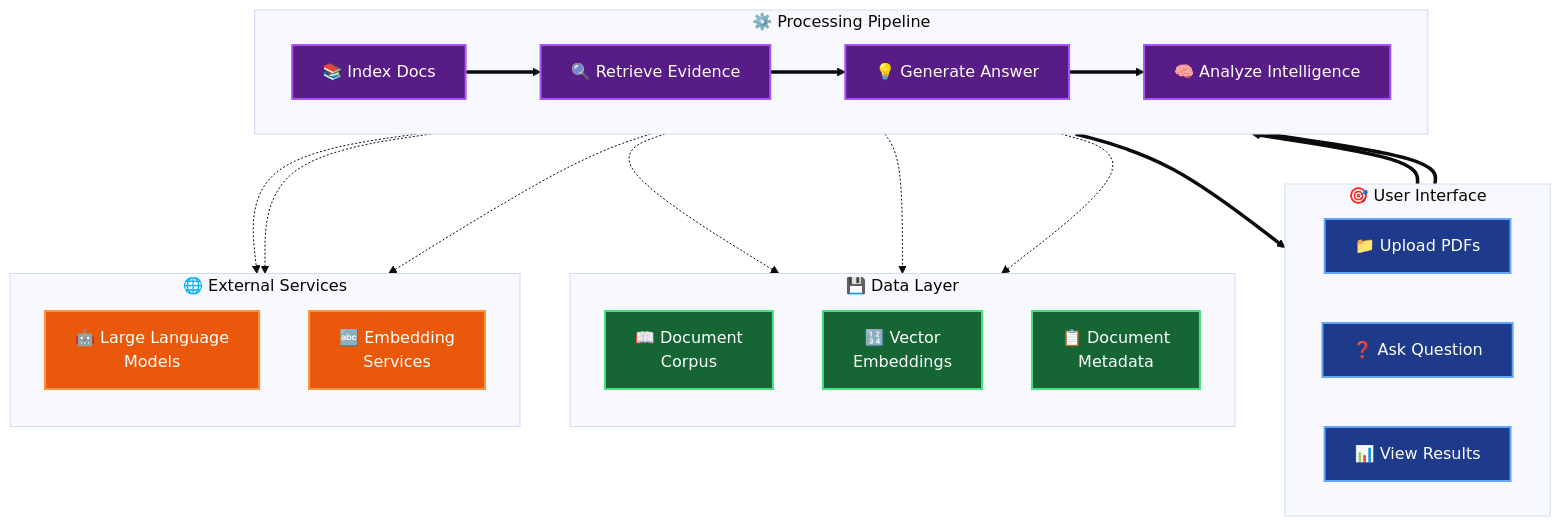
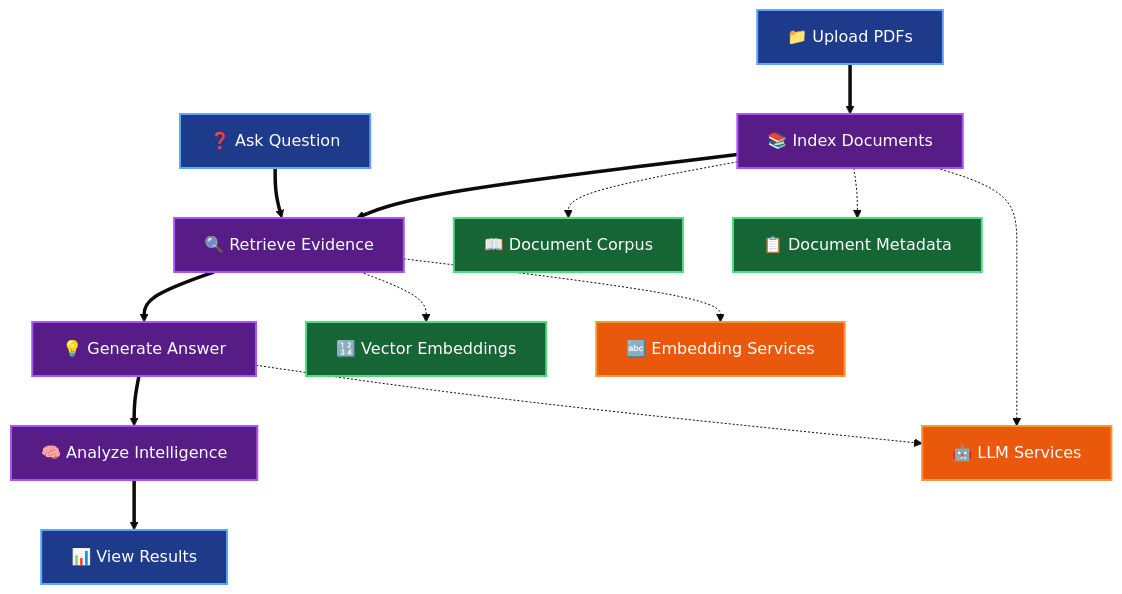
Before and after one commit to usathyan/paper-qa-ui: the first of 18 diagrams in docs/DEVELOPER.md, drawn with Mermaid (base theme).

Commit message:
Reorganize architecture diagram with vertical stack layout
- Removed subgraph containers for cleaner appearance
- Arranged components in a clear vertical stack from top to bottom
- Primary flow: Upload → Index → Search → Answer → Intelligence → Display
- Side components (data and services) connect with dotted arrows
- Cleaner visual hierarchy with linear processing flow
- Simplified layout that's easier to follow and understand
- Maintained color coding while improving readability
- Better mobile and narrow screen compatibility

````diff
--- a/docs/DEVELOPER.md
+++ b/docs/DEVELOPER.md
@@ -28,59 +28,53 @@
 ```mermaid
 flowchart TD
-    subgraph UI ["🎯 User Interface"]
-        direction LR
-        UPLOAD[📁 Upload PDFs]
-        QUERY[❓ Ask Question]
-        DISPLAY[📊 View Results]
-    end
+    %% User Interface Layer
+    UPLOAD[📁 Upload PDFs]
+    QUERY[❓ Ask Question]
     
-    subgraph PROC ["⚙️ Processing Pipeline"]
-        direction LR
-        INDEX[📚 Index Docs]
-        SEARCH[🔍 Retrieve Evidence]
-        ANSWER[💡 Generate Answer]
-        INTELL[🧠 Analyze Intelligence]
-    end
+    %% Processing Pipeline
+    INDEX[📚 Index Documents]
+    SEARCH[🔍 Retrieve Evidence]
+    ANSWER[💡 Generate Answer]
+    INTELL[🧠 Analyze Intelligence]
     
-    subgraph DATA ["💾 Data Layer"]
-        direction TB
-        CORPUS[📖 Document<br/>Corpus]
-        VECTORS[🔢 Vector<br/>Embeddings]
-        METADATA[📋 Document<br/>Metadata]
-    end
+    %% Results Display
+    DISPLAY[📊 View Results]
     
-    subgraph EXT ["🌐 External Services"]
-        direction TB
-        LLM[🤖 Large Language<br/>Models]
-        EMB[🔤 Embedding<br/>Services]
-    end
+    %% Data Storage (Side Components)
+    CORPUS[📖 Document Corpus]
+    VECTORS[🔢 Vector Embeddings]
+    METADATA[📋 Document Metadata]
     
-    %% Primary Flow
+    %% External Services (Side Components)
+    LLM[🤖 LLM Services]
+    EMB[🔤 Embedding Services]
+    
+    %% Primary Vertical Flow
     UPLOAD ==> INDEX
     QUERY ==> SEARCH
     INDEX ==> SEARCH
     SEARCH ==> ANSWER
     ANSWER ==> INTELL
     INTELL ==> DISPLAY
     
-    %% Data Connections
+    %% Data Connections (Side arrows)
     INDEX -.-> CORPUS
     INDEX -.-> METADATA
     SEARCH -.-> VECTORS
     
-    %% Service Connections
+    %% Service Connections (Side arrows)
     INDEX -.-> LLM
     SEARCH -.-> EMB
     ANSWER -.-> LLM
     
     %% Styling
     classDef uiStyle fill:#1e3a8a,stroke:#60a5fa,stroke-width:2px,color:#ffffff
     classDef procStyle fill:#581c87,stroke:#a855f7,stroke-width:2px,color:#ffffff
     classDef dataStyle fill:#166534,stroke:#4ade80,stroke-width:2px,color:#ffffff
     classDef extStyle fill:#ea580c,stroke:#fb923c,stroke-width:2px,color:#ffffff
     
     class UPLOAD,QUERY,DISPLAY uiStyle
     class INDEX,SEARCH,ANSWER,INTELL procStyle
     class CORPUS,VECTORS,METADATA dataStyle
     class LLM,EMB extStyle
 ```
````
